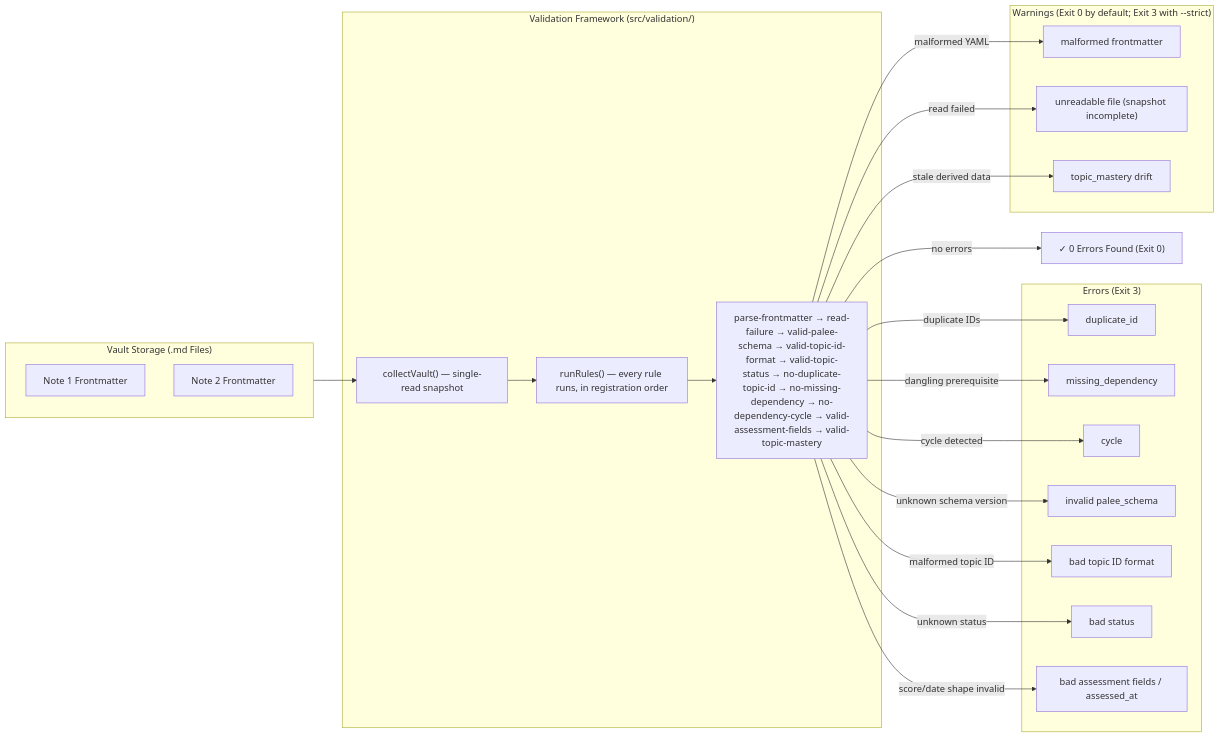
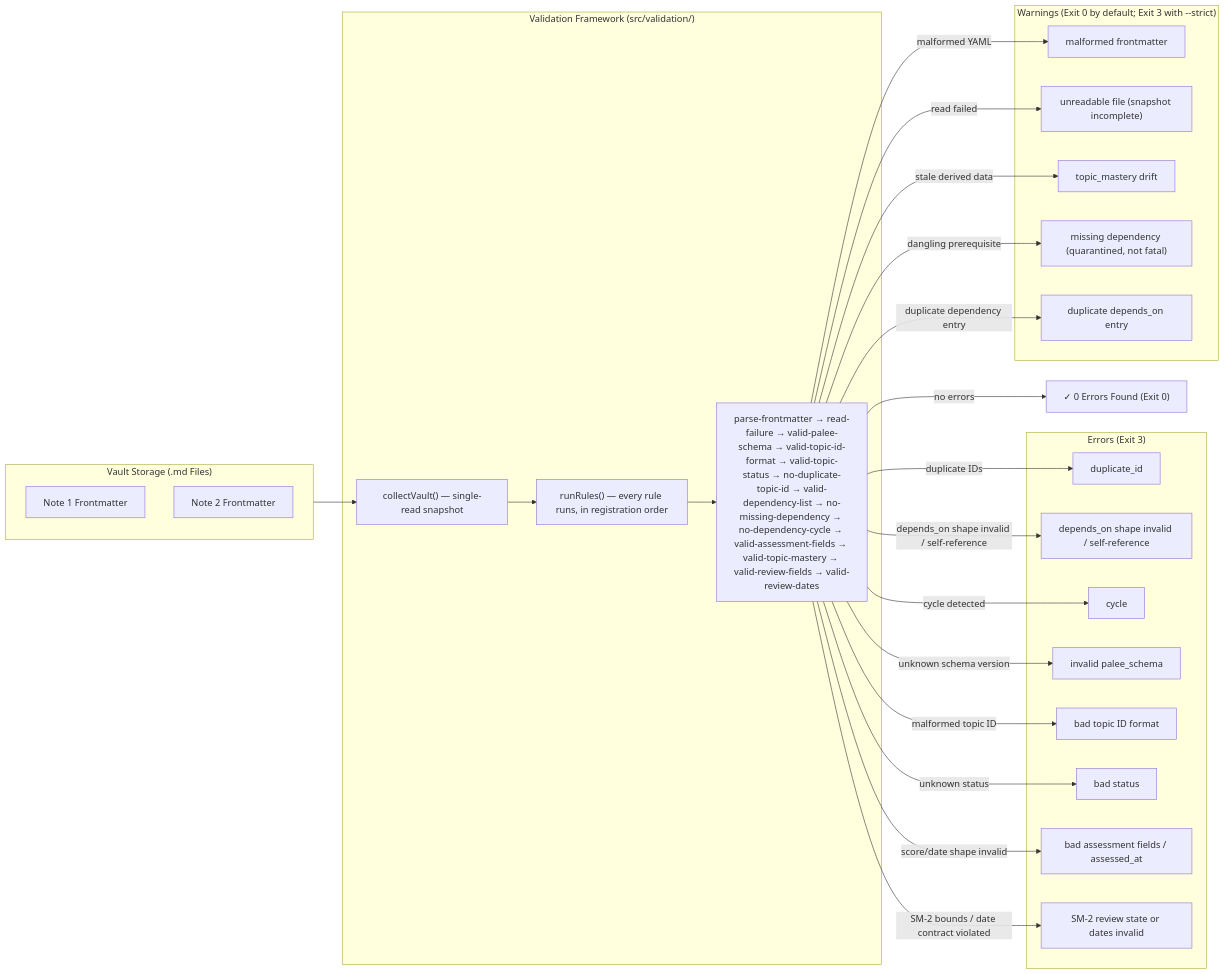
One commit to Kuldeep2822k/cli changed the second of 2 diagrams in docs/02-3-reporting-commands.md. Above: the diagram before and after it, drawn with Mermaid. The commit also changed other lines of this file and 16 other files, not shown here.

First line of the commit message:
feat(validate): add review-fields, review-dates, and dependency-list rules with missing-dep warning policy (#33 #38 #39) (#165)

````diff
--- a/docs/02-3-reporting-commands.md
+++ b/docs/02-3-reporting-commands.md
@@ -203,44 +206,50 @@
 ```mermaid
 flowchart LR
     subgraph Storage ["Vault Storage (.md Files)"]
         FM1["Note 1 Frontmatter"]
         FM2["Note 2 Frontmatter"]
     end
     
     subgraph Analyzer ["Validation Framework (src/validation/)"]
         Scan["collectVault() — single-read snapshot"]
         Runner["runRules() — every rule runs, in registration order"]
-        Rules["parse-frontmatter → read-failure → valid-palee-schema → valid-topic-id-format → valid-topic-status → no-duplicate-topic-id → no-missing-dependency → no-dependency-cycle → valid-assessment-fields → valid-topic-mastery"]
+        Rules["parse-frontmatter → read-failure → valid-palee-schema → valid-topic-id-format → valid-topic-status → no-duplicate-topic-id → valid-dependency-list → no-missing-dependency → no-dependency-cycle → valid-assessment-fields → valid-topic-mastery → valid-review-fields → valid-review-dates"]
     end
     
     subgraph Errors ["Errors (Exit 3)"]
         ErrDup["duplicate_id"]
-        ErrMiss["missing_dependency"]
+        ErrDepShape["depends_on shape invalid / self-reference"]
         ErrCyc["cycle"]
         ErrSchema["invalid palee_schema"]
         ErrId["bad topic ID format"]
         ErrStatus["bad status"]
         ErrAssess["bad assessment fields / assessed_at"]
+        ErrReview["SM-2 review state or dates invalid"]
     end
 
     subgraph Warnings ["Warnings (Exit 0 by default; Exit 3 with --strict)"]
         WarnParse["malformed frontmatter"]
         WarnRead["unreadable file (snapshot incomplete)"]
         WarnMastery["topic_mastery drift"]
+        WarnMiss["missing dependency (quarantined, not fatal)"]
+        WarnDepDup["duplicate depends_on entry"]
     end
     
     Storage --> Scan
     Scan --> Runner
     Runner --> Rules
     Rules -->|"duplicate IDs"| ErrDup
-    Rules -->|"dangling prerequisite"| ErrMiss
+    Rules -->|"dangling prerequisite"| WarnMiss
+    Rules -->|"depends_on shape invalid / self-reference"| ErrDepShape
     Rules -->|"cycle detected"| ErrCyc
     Rules -->|"unknown schema version"| ErrSchema
     Rules -->|"malformed topic ID"| ErrId
     Rules -->|"unknown status"| ErrStatus
     Rules -->|"score/date shape invalid"| ErrAssess
+    Rules -->|"SM-2 bounds / date contract violated"| ErrReview
+    Rules -->|"duplicate dependency entry"| WarnDepDup
     Rules -->|"malformed YAML"| WarnParse
     Rules -->|"read failed"| WarnRead
     Rules -->|"stale derived data"| WarnMastery
     Rules -->|"no errors"| Success["✓ 0 Errors Found (Exit 0)"]
 ```
````
